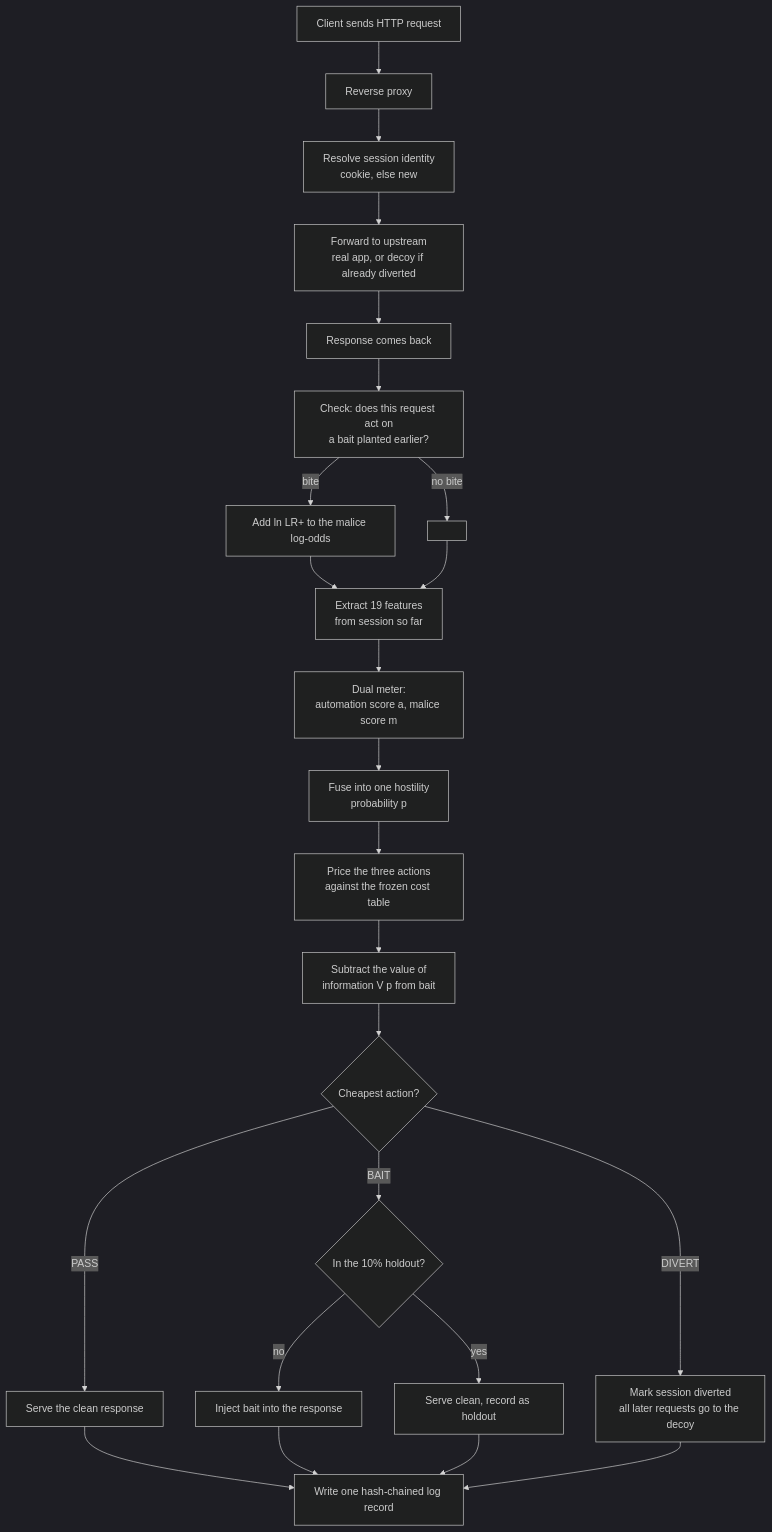
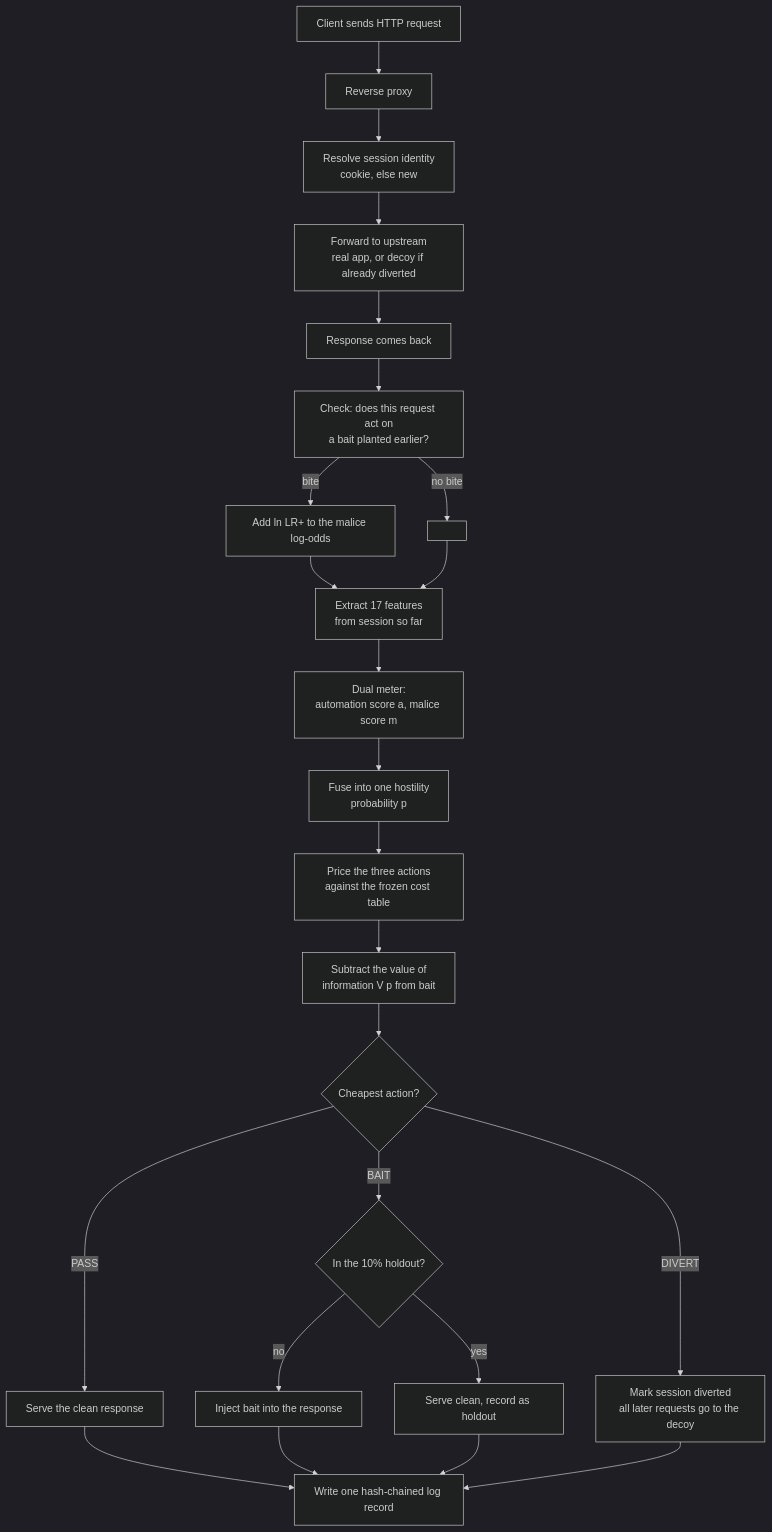
One commit to parthkansal823/FinalYearProject-Deception changed the first of 6 diagrams in docs/METHODOLOGY.md. Above: the diagram before and after it, drawn with Mermaid (dark theme). The commit also changed other lines of this file and 26 other files, not shown here.

````diff
--- a/docs/METHODOLOGY.md
+++ b/docs/METHODOLOGY.md
@@ -94,26 +96,26 @@
 ```mermaid
 flowchart TD
     A[Client sends HTTP request] --> B[Reverse proxy]
     B --> C[Resolve session identity<br/>cookie, else new]
     C --> D[Forward to upstream<br/>real app, or decoy if already diverted]
     D --> E[Response comes back]
     E --> F[Check: does this request act on<br/>a bait planted earlier?]
     F -->|bite| G[Add ln LR+ to the malice log-odds]
     F -->|no bite| H[ ]
-    G --> I[Extract 19 features<br/>from session so far]
+    G --> I[Extract 17 features<br/>from session so far]
     H --> I
     I --> J[Dual meter:<br/>automation score a, malice score m]
     J --> K[Fuse into one hostility<br/>probability p]
     K --> L[Price the three actions<br/>against the frozen cost table]
     L --> M[Subtract the value of<br/>information V p from bait]
     M --> N{Cheapest action?}
     N -->|PASS| O[Serve the clean response]
     N -->|BAIT| P{In the 10% holdout?}
     N -->|DIVERT| Q[Mark session diverted<br/>all later requests go to the decoy]
     P -->|no| R[Inject bait into the response]
     P -->|yes| S[Serve clean, record as holdout]
     O --> T[Write one hash-chained log record]
     R --> T
     S --> T
     Q --> T
 ```
````
